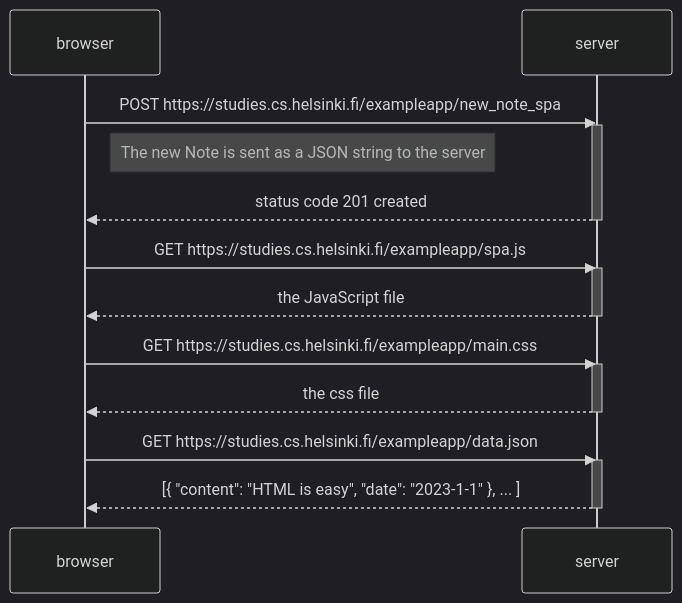
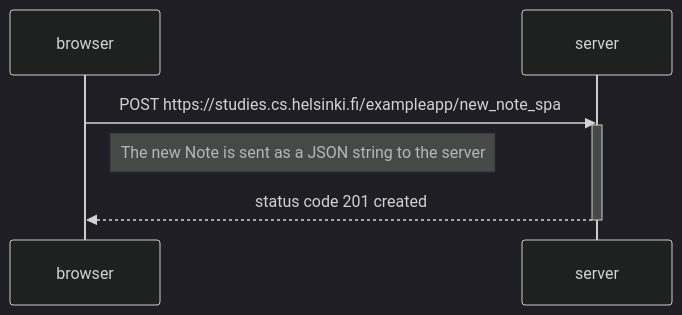
Before and after one commit to silversPuppet/fullstackOpen: the diagram in part0/0_6_NewNoteSinglePage.md, drawn with Mermaid (dark theme).

Commit message:
edited 06

````diff
--- a/part0/0_6_NewNoteSinglePage.md
+++ b/part0/0_6_NewNoteSinglePage.md
@@ -1,26 +1,11 @@
 ```mermaid
 sequenceDiagram
     participant browser
     participant server
 
     browser->>server: POST https://studies.cs.helsinki.fi/exampleapp/new_note_spa
     activate server
     Note right of browser: The new Note is sent as a JSON string to the server 
     server-->>browser: status code 201 created
     deactivate server
-
-    browser->>server: GET https://studies.cs.helsinki.fi/exampleapp/spa.js
-    activate server
-    server-->>browser: the JavaScript file
-    deactivate server
-
-    browser->>server: GET https://studies.cs.helsinki.fi/exampleapp/main.css
-    activate server
-    server-->>browser: the css file
-    deactivate server
-
-    browser->>server: GET https://studies.cs.helsinki.fi/exampleapp/data.json
-    activate server
-    server-->>browser: [{ "content": "HTML is easy", "date": "2023-1-1" }, ... ]
-    deactivate server
 ```
````
